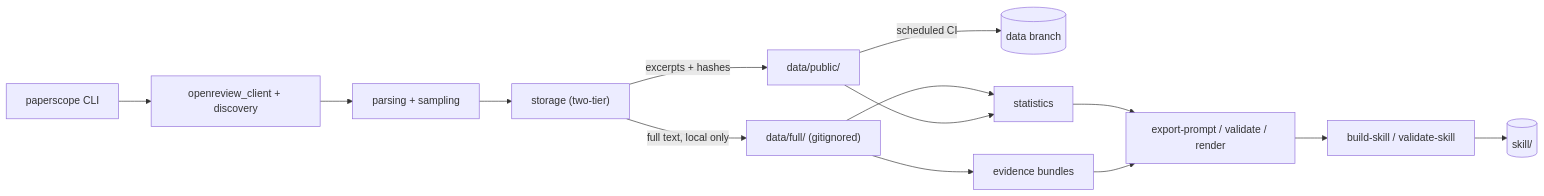
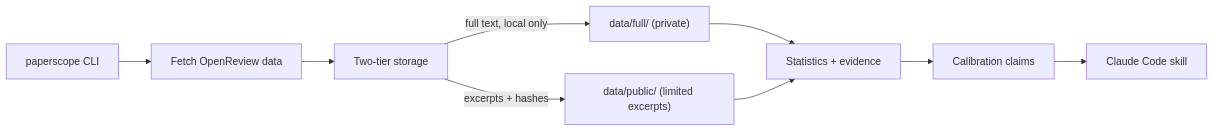
The diagram in README.md (lakshayxi/paperscope), drawn with Mermaid before and after one commit. The commit also changed other lines of this file, not shown here.

````diff
--- a/README.md
+++ b/README.md
@@ -85,16 +105,11 @@
 ```mermaid
 flowchart LR
-    CLI["paperscope CLI"] --> OR["openreview_client + discovery"]
-    OR --> PS["parsing + sampling"]
-    PS --> ST["storage (two-tier)"]
-    ST -->|full text, local only| FULL["data/full/ (gitignored)"]
-    ST -->|excerpts + hashes| PUB["data/public/"]
-    PUB -->|scheduled CI| BRANCH[("data branch")]
-    FULL --> STATS["statistics"]
-    FULL --> EVID["evidence bundles"]
-    PUB --> STATS
-    STATS --> GEN["export-prompt / validate / render"]
-    EVID --> GEN
-    GEN --> SKILL["build-skill / validate-skill"]
-    SKILL --> INSTALL[("skill/")]
+    CLI["paperscope CLI"] --> Fetch["Fetch OpenReview data"]
+    Fetch --> Storage["Two-tier storage"]
+    Storage -->|full text, local only| Full["data/full/ (private)"]
+    Storage -->|excerpts + hashes| Public["data/public/ (limited excerpts)"]
+    Full --> Stats["Statistics + evidence"]
+    Public --> Stats
+    Stats --> Gen["Calibration claims"]
+    Gen --> Skill["Claude Code skill"]
 ```
````
